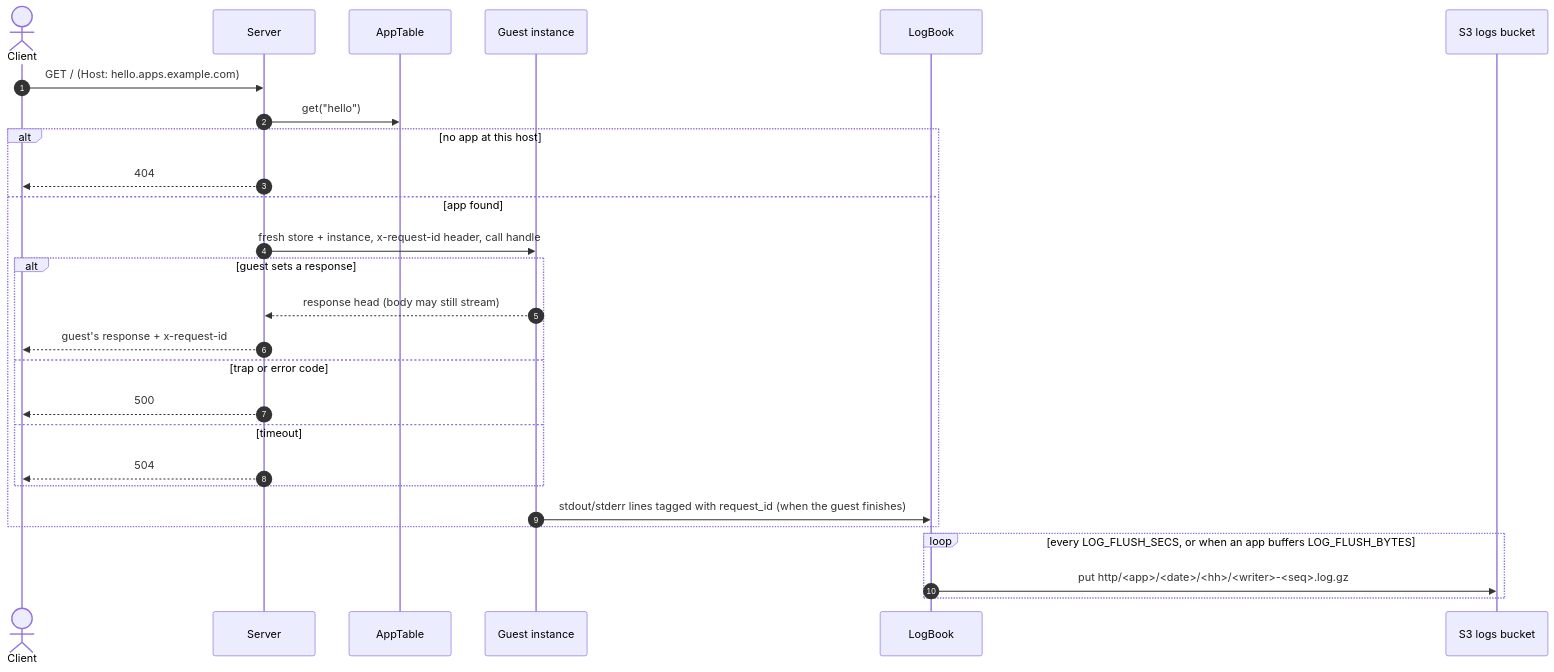
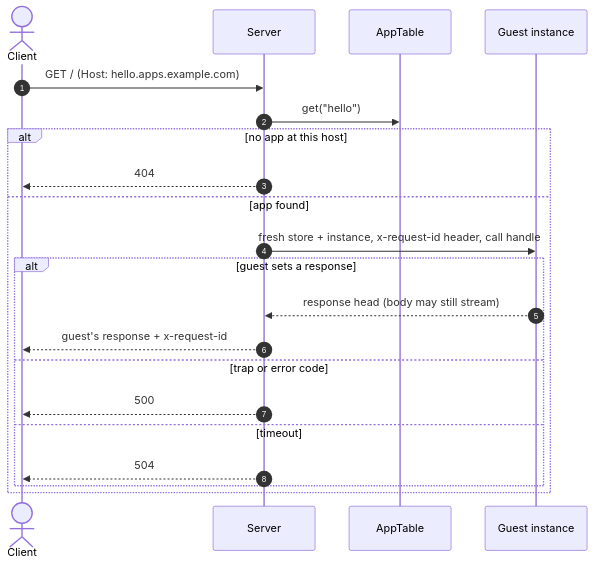
Before and after one commit to jakob-rzeppa/serverless-platform: the second of 2 diagrams in runner-http/README.md, drawn with Mermaid. The commit also changed other lines of this file and 29 other files, not shown here.

````diff
--- a/runner-http/README.md
+++ b/runner-http/README.md
@@ -55,30 +55,24 @@
 ```mermaid
 sequenceDiagram
     autonumber
     actor U as Client
     participant S as Server
     participant T as AppTable
     participant G as Guest instance
-    participant L as LogBook
-    participant B as S3 logs bucket
 
     U->>S: GET / (Host: hello.apps.example.com)
     S->>T: get("hello")
     alt no app at this host
         S-->>U: 404
     else app found
         S->>G: fresh store + instance, x-request-id header, call handle
         alt guest sets a response
             G-->>S: response head (body may still stream)
             S-->>U: guest's response + x-request-id
         else trap or error code
             S-->>U: 500
         else timeout
             S-->>U: 504
         end
-        G->>L: stdout/stderr lines tagged with request_id (when the guest finishes)
-    end
-    loop every LOG_FLUSH_SECS, or when an app buffers LOG_FLUSH_BYTES
-        L->>B: put http/#lt;app#gt;/#lt;date#gt;/#lt;hh#gt;/#lt;writer#gt;-#lt;seq#gt;.log.gz
     end
 ```
````
